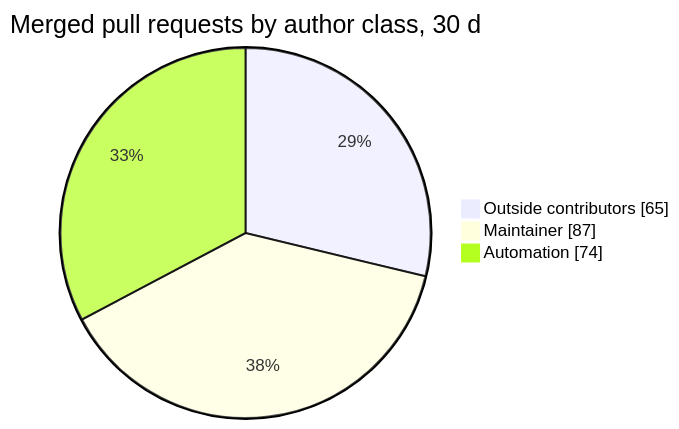
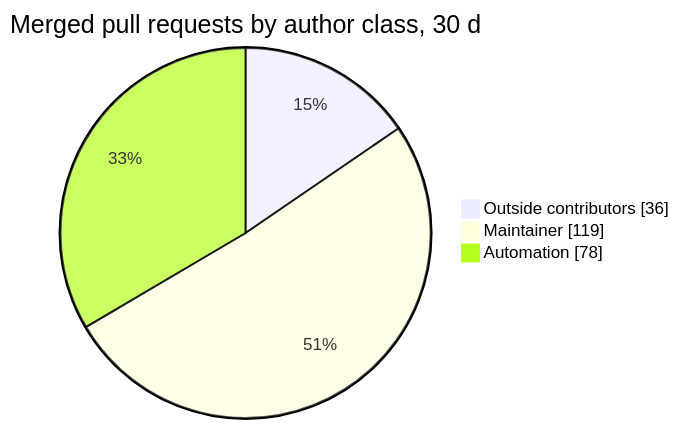
The third of 3 diagrams in project-pulse.md (sipyourdrink-ltd/bernstein), drawn with Mermaid before and after one commit. The commit also changed other lines of this file and 4 other files, not shown here.

````diff
--- a/project-pulse.md
+++ b/project-pulse.md
@@ -49,7 +49,7 @@
 ```mermaid
 pie showData
     title Merged pull requests by author class, 30 d
-    "Outside contributors" : 65
-    "Maintainer" : 87
-    "Automation" : 74
+    "Outside contributors" : 36
+    "Maintainer" : 119
+    "Automation" : 78
 ```
````
